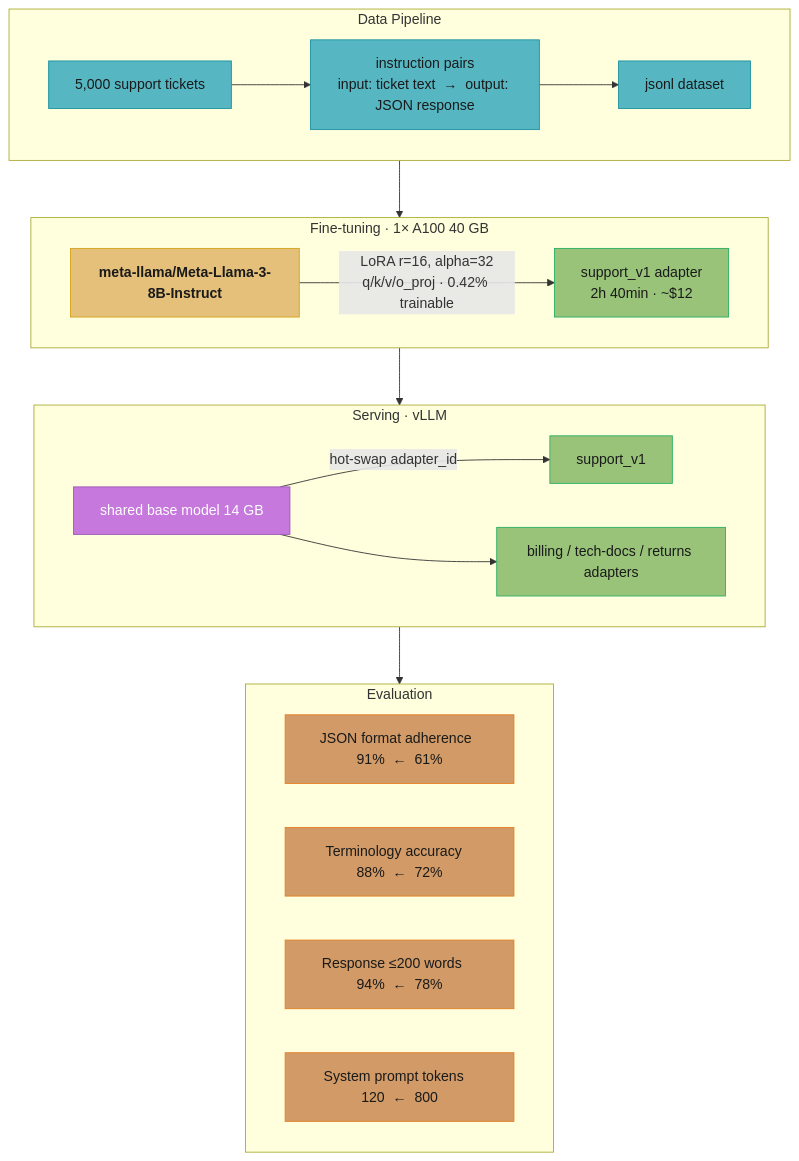
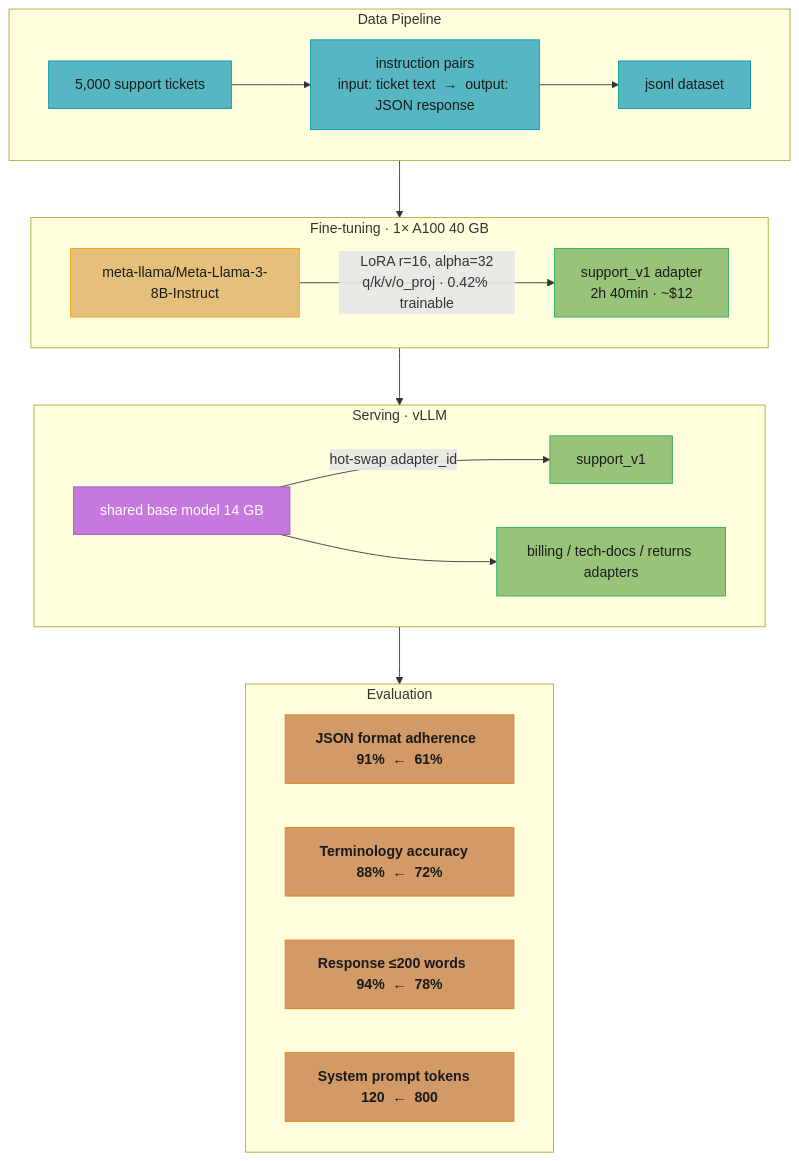
Before and after one commit to rppol/system-design: the fourth of 4 diagrams in src/main/java/com/rutik/systemdesign/llm/fine_tuning/lora.md, drawn with Mermaid. The commit also changed other lines of this file and 88 other files, not shown here.

````diff
--- a/src/main/java/com/rutik/systemdesign/llm/fine_tuning/lora.md
+++ b/src/main/java/com/rutik/systemdesign/llm/fine_tuning/lora.md
@@ -519,36 +528,38 @@
 ```mermaid
 %%{init: {'flowchart': {'curve': 'basis', 'nodeSpacing': 50, 'rankSpacing': 65}}}%%
 flowchart TD
-    classDef dataC   fill:#56b6c2,stroke:#1a8fa0,color:#1a1a1a
-    classDef modelC  fill:#e5c07b,stroke:#d4a017,color:#1a1a1a,font-weight:bold
-    classDef adapterC fill:#98c379,stroke:#27ae60,color:#1a1a1a
-    classDef servingC fill:#c678dd,stroke:#9b59b6,color:#fff
-    classDef metricC  fill:#d19a66,stroke:#e67e22,color:#1a1a1a
+    classDef io      fill:#61afef,stroke:#2e86c1,color:#1a1a1a,font-weight:bold
+    classDef frozen  fill:#c678dd,stroke:#9b59b6,color:#fff
+    classDef train   fill:#98c379,stroke:#27ae60,color:#1a1a1a
+    classDef mathOp  fill:#d19a66,stroke:#e67e22,color:#1a1a1a,font-weight:bold
+    classDef lossN   fill:#e06c75,stroke:#c0392b,color:#fff,font-weight:bold
+    classDef req     fill:#56b6c2,stroke:#0097a7,color:#1a1a1a
+    classDef base    fill:#e5c07b,stroke:#f39c12,color:#1a1a1a
 
     subgraph dp["  Data Pipeline  "]
         t["5,000 support tickets"] --> ip["instruction pairs\ninput: ticket text  →  output: JSON response"]
         ip --> ds["jsonl dataset"]
     end
     subgraph ft["  Fine-tuning  ·  1× A100 40 GB  "]
         bm["meta-llama/Meta-Llama-3-8B-Instruct"] -->|"LoRA r=16, alpha=32\nq/k/v/o_proj · 0.42% trainable"| ad["support_v1 adapter\n2h 40min · ~$12"]
     end
     subgraph sv["  Serving  ·  vLLM  "]
         sh["shared base model  14 GB"] -->|"hot-swap adapter_id"| sa["support_v1"]
         sh --> oa["billing / tech-docs / returns adapters"]
     end
     subgraph ev["  Evaluation  "]
         e1["JSON format adherence  91%  ←  61%"]
         e2["Terminology accuracy   88%  ←  72%"]
         e3["Response ≤200 words    94%  ←  78%"]
         e4["System prompt tokens   120  ←  800"]
     end
     dp --> ft
     ft --> sv
     sv --> ev
 
-    class t,ip,ds dataC
-    class bm modelC
-    class ad,sa,oa adapterC
-    class sh servingC
-    class e1,e2,e3,e4 metricC
+    class t,ip,ds req
+    class bm base
+    class ad,sa,oa train
+    class sh frozen
+    class e1,e2,e3,e4 mathOp
 ```
````
